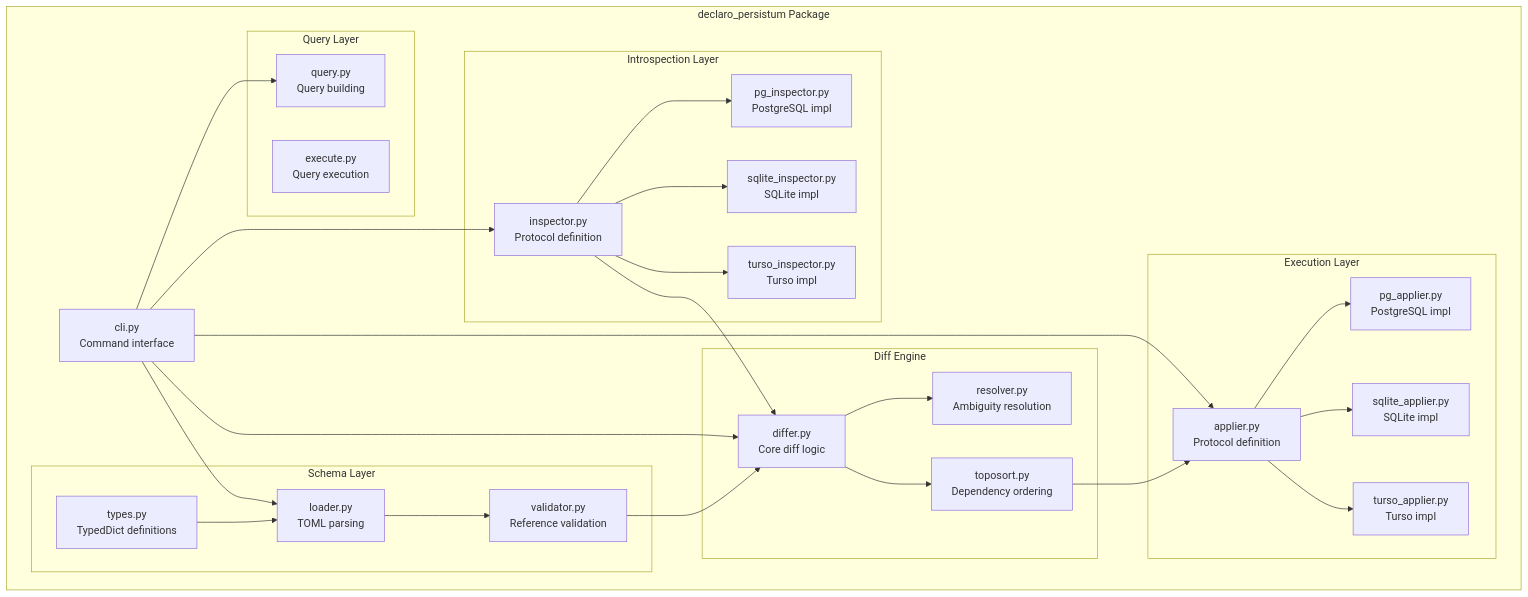
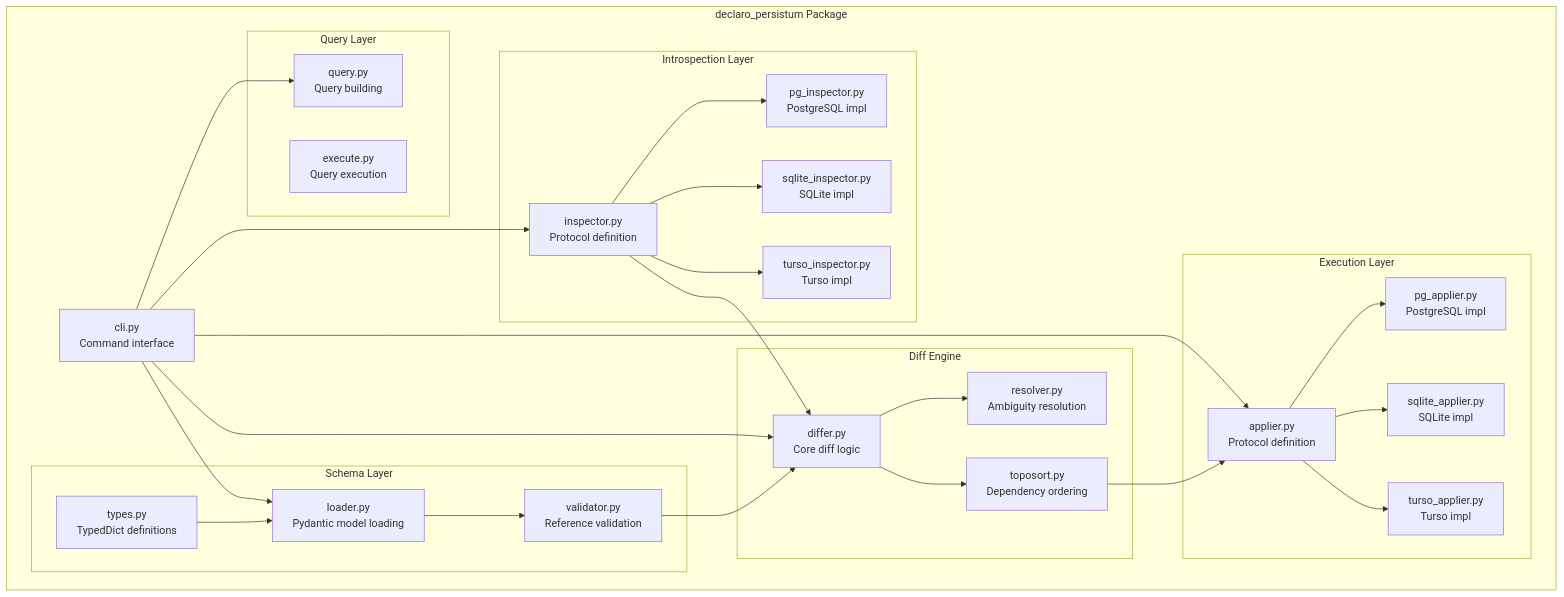
The fourth of 6 diagrams in packages/declaro-persistum/docs/architecture/declaro_persistum_architecture.md (adamzwasserman/declaro), drawn with Mermaid before and after one commit. The commit also changed other lines of this file and 16 other files, not shown here.

First line of the commit message:
feat: add enum abstraction and update docs for Pydantic-only schema

````diff
--- a/packages/declaro-persistum/docs/architecture/declaro_persistum_architecture.md
+++ b/packages/declaro-persistum/docs/architecture/declaro_persistum_architecture.md
@@ -212,61 +212,61 @@
 ```mermaid
 graph TB
     subgraph "declaro_persistum Package"
         subgraph "Schema Layer"
             Types[types.py<br/>TypedDict definitions]
-            Loader[loader.py<br/>TOML parsing]
+            Loader[loader.py<br/>Pydantic model loading]
             Validator[validator.py<br/>Reference validation]
         end
         
         subgraph "Introspection Layer"
             Inspector[inspector.py<br/>Protocol definition]
             PGInspector[pg_inspector.py<br/>PostgreSQL impl]
             SQLiteInspector[sqlite_inspector.py<br/>SQLite impl]
             TursoInspector[turso_inspector.py<br/>Turso impl]
         end
         
         subgraph "Diff Engine"
             Differ[differ.py<br/>Core diff logic]
             Resolver[resolver.py<br/>Ambiguity resolution]
             Toposort[toposort.py<br/>Dependency ordering]
         end
         
         subgraph "Execution Layer"
             Applier[applier.py<br/>Protocol definition]
             PGApplier[pg_applier.py<br/>PostgreSQL impl]
             SQLiteApplier[sqlite_applier.py<br/>SQLite impl]
             TursoApplier[turso_applier.py<br/>Turso impl]
         end
         
         subgraph "Query Layer"
             Query[query.py<br/>Query building]
             Execute[execute.py<br/>Query execution]
         end
         
         CLI[cli.py<br/>Command interface]
     end
     
     Types --> Loader
     Loader --> Validator
     
     Inspector --> PGInspector
     Inspector --> SQLiteInspector
     Inspector --> TursoInspector
     
     Applier --> PGApplier
     Applier --> SQLiteApplier
     Applier --> TursoApplier
     
     Validator --> Differ
     Inspector --> Differ
     Differ --> Resolver
     Differ --> Toposort
     
     Toposort --> Applier
     
     CLI --> Loader
     CLI --> Inspector
     CLI --> Differ
     CLI --> Applier
     CLI --> Query
 ```
````
